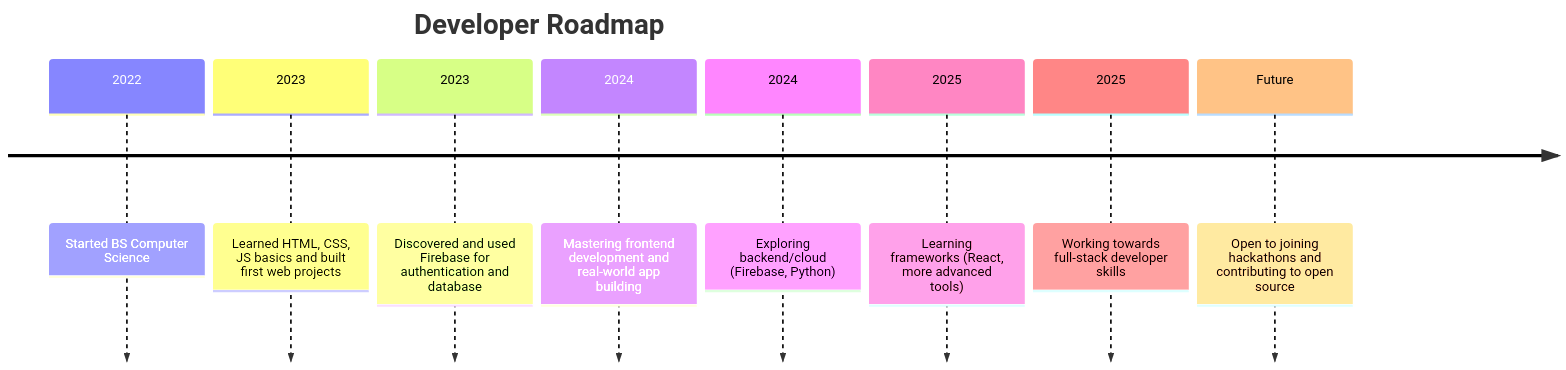
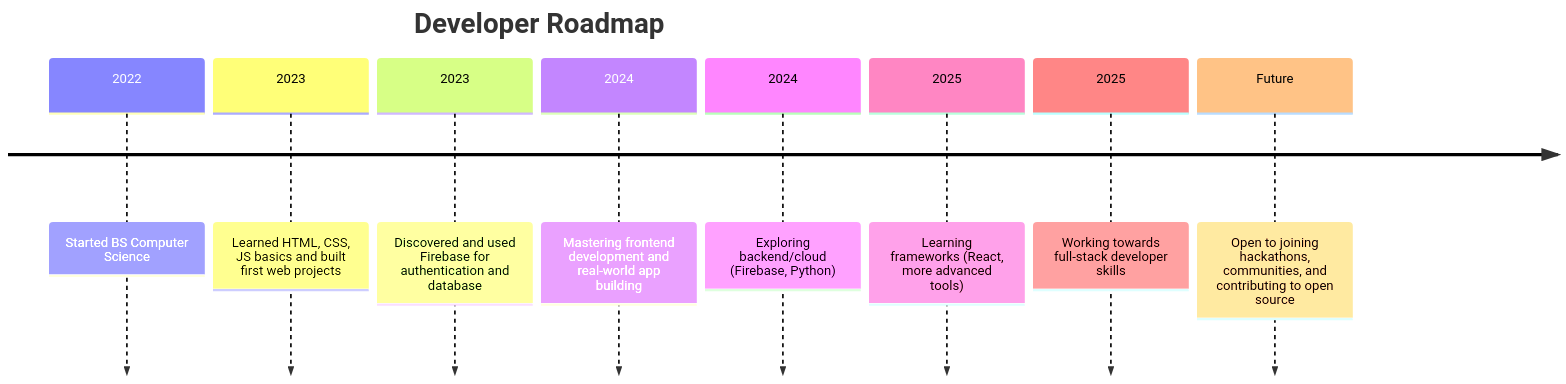
The diagram in README.md (MiceDe27/Mice_De), drawn with Mermaid before and after one commit. The commit also changed other lines of this file, not shown here.

````diff
--- a/README.md
+++ b/README.md
@@ -41,12 +52,12 @@
 ```mermaid
 timeline
     title Developer Roadmap
     2022 : Started BS Computer Science
     2023 : Learned HTML, CSS, JS basics and built first web projects
     2023 : Discovered and used Firebase for authentication and database
     2024 : Mastering frontend development and real-world app building
     2024 : Exploring backend/cloud (Firebase, Python)
     2025 : Learning frameworks (React, more advanced tools)
     2025 : Working towards full-stack developer skills
-    Future : Open to joining hackathons and contributing to open source
+    Future : Open to joining hackathons, communities, and contributing to open source
 ```
````
